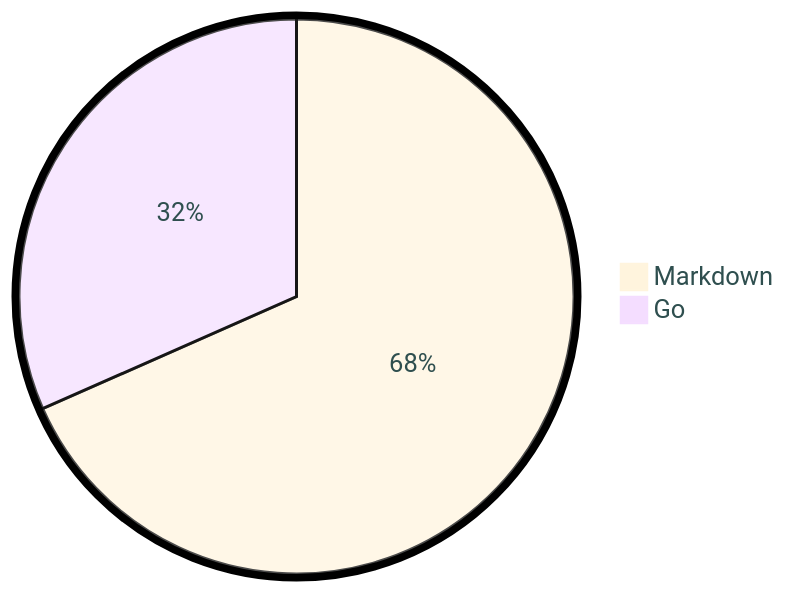
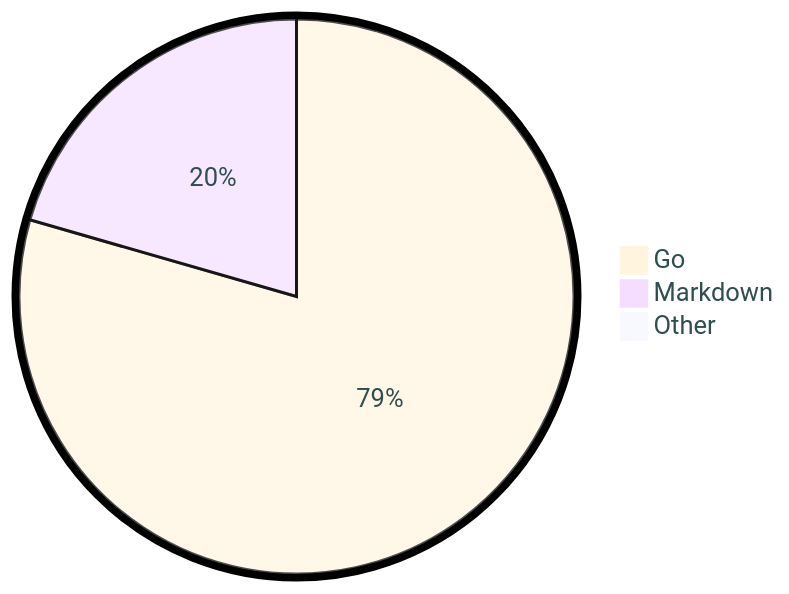
The diagram in README.md (tot0p/tot0p), drawn with Mermaid before and after one commit. The commit also changed other lines of this file, not shown here.

````diff
--- a/README.md
+++ b/README.md
@@ -115,6 +119,7 @@
 ```mermaid
 %%{init: {"pie": {"textPosition": 0.5}, "themeVariables": {"pieOuterStrokeWidth": "5px","primaryTextColor" : "#2F4F4F"},"theme":"base"} }%%
 pie
-	"Markdown": 68.38
-	"Go": 31.62
+	"Go": 78.75
+	"Markdown": 20.36
+	"Other": 0.89
 ```
````
